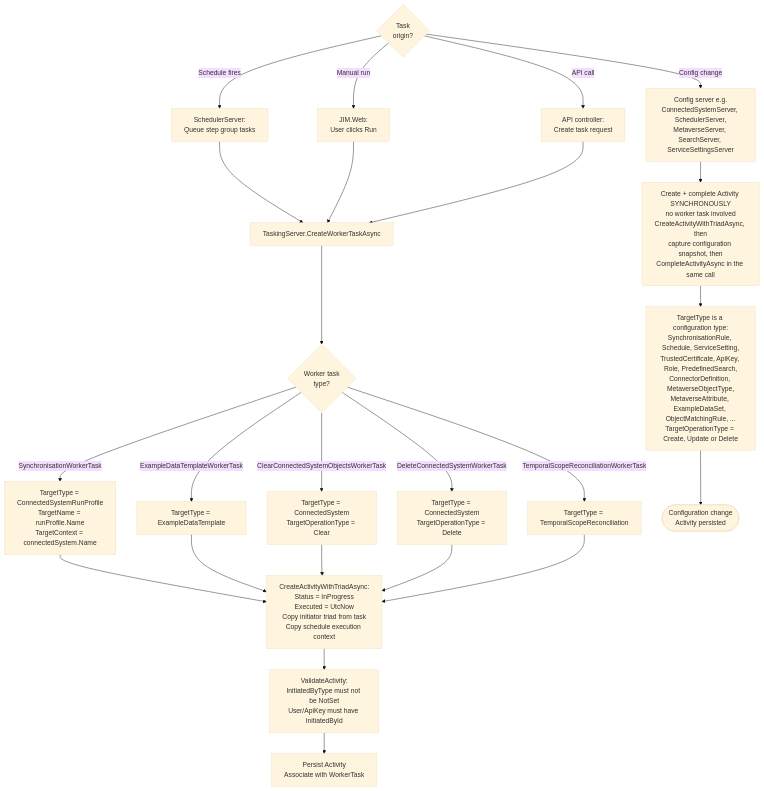
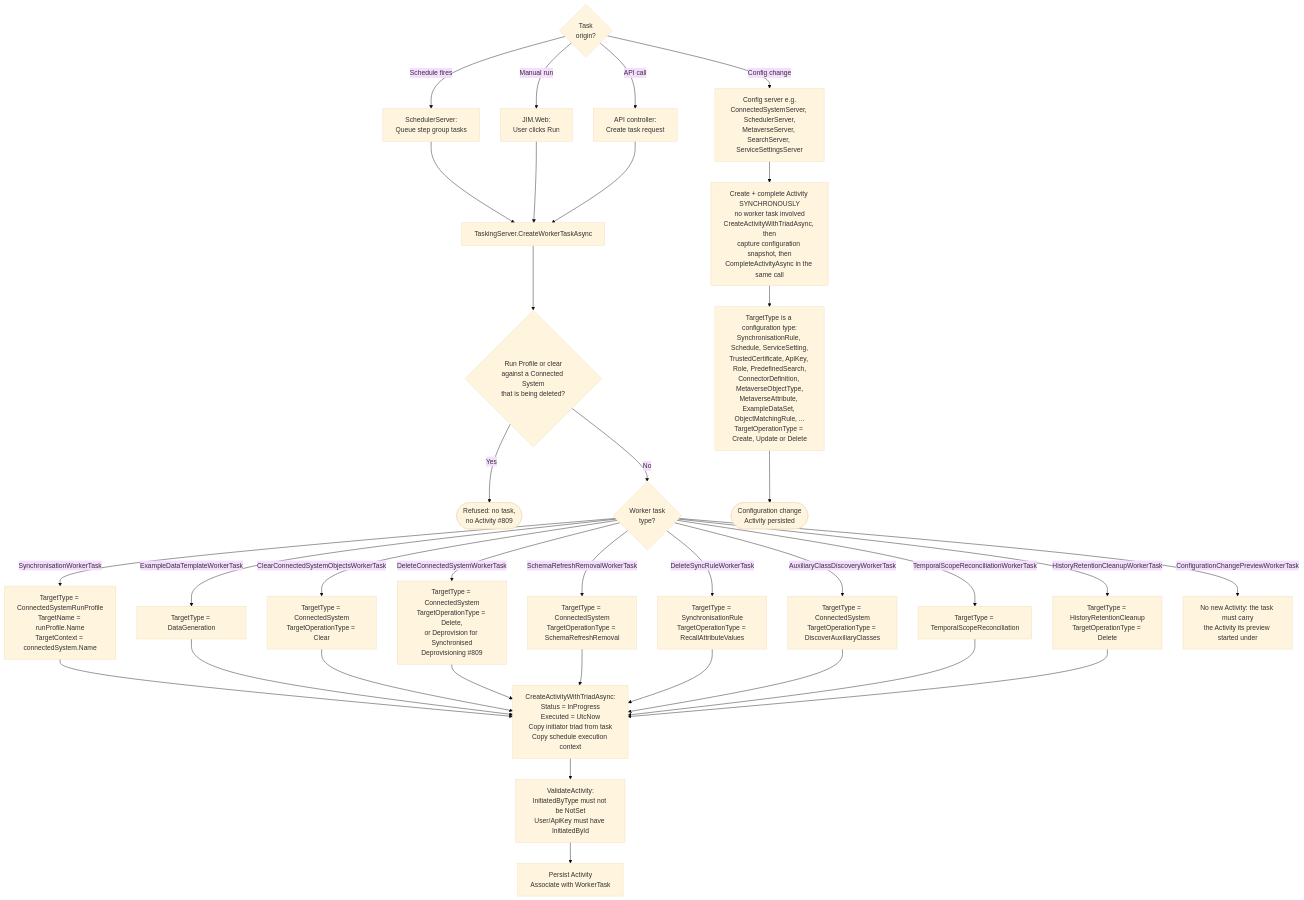
One commit to TetronIO/JIM changed the first of 6 diagrams in docs/developer/diagrams/ACTIVITY_AND_RPEI_FLOW.md. Above: the diagram before and after it, drawn with Mermaid (base theme). The commit also changed other lines of this file and 49 other files, not shown here.

Commit message:
docs: update documentation, diagrams and changelog for v0.15.0 release

````diff
--- a/docs/developer/diagrams/ACTIVITY_AND_RPEI_FLOW.md
+++ b/docs/developer/diagrams/ACTIVITY_AND_RPEI_FLOW.md
@@ -25,35 +25,46 @@
 ```mermaid
 flowchart TD
     Trigger{Task<br/>origin?}
 
     Trigger -->|Schedule fires| Scheduler[SchedulerServer:<br/>Queue step group tasks]
     Trigger -->|Manual run| Web[JIM.Web:<br/>User clicks Run]
     Trigger -->|API call| Api[API controller:<br/>Create task request]
     Trigger -->|Config change| ConfigServer[Config server e.g.<br/>ConnectedSystemServer, SchedulerServer,<br/>MetaverseServer, SearchServer, ServiceSettingsServer]
 
     Scheduler --> CreateTask[TaskingServer.CreateWorkerTaskAsync]
     Web --> CreateTask
     Api --> CreateTask
 
-    CreateTask --> TaskType{Worker task<br/>type?}
+    CreateTask --> Fence{Run Profile or clear<br/>against a Connected System<br/>that is being deleted?}
+    Fence -->|Yes| Refused([Refused: no task,<br/>no Activity #809])
+    Fence -->|No| TaskType{Worker task<br/>type?}
     TaskType -->|SynchronisationWorkerTask| SyncActivity[TargetType = ConnectedSystemRunProfile<br/>TargetName = runProfile.Name<br/>TargetContext = connectedSystem.Name]
-    TaskType -->|ExampleDataTemplateWorkerTask| DataGenActivity[TargetType = ExampleDataTemplate]
+    TaskType -->|ExampleDataTemplateWorkerTask| DataGenActivity[TargetType = DataGeneration]
     TaskType -->|ClearConnectedSystemObjectsWorkerTask| ClearActivity[TargetType = ConnectedSystem<br/>TargetOperationType = Clear]
-    TaskType -->|DeleteConnectedSystemWorkerTask| DeleteActivity[TargetType = ConnectedSystem<br/>TargetOperationType = Delete]
+    TaskType -->|DeleteConnectedSystemWorkerTask| DeleteActivity[TargetType = ConnectedSystem<br/>TargetOperationType = Delete,<br/>or Deprovision for Synchronised<br/>Deprovisioning #809]
+    TaskType -->|SchemaRefreshRemovalWorkerTask| SchemaActivity[TargetType = ConnectedSystem<br/>TargetOperationType = SchemaRefreshRemoval]
+    TaskType -->|DeleteSyncRuleWorkerTask| RecallActivity[TargetType = SynchronisationRule<br/>TargetOperationType = RecallAttributeValues]
+    TaskType -->|AuxiliaryClassDiscoveryWorkerTask| AuxActivity[TargetType = ConnectedSystem<br/>TargetOperationType = DiscoverAuxiliaryClasses]
     TaskType -->|TemporalScopeReconciliationWorkerTask| TemporalActivity[TargetType = TemporalScopeReconciliation]
+    TaskType -->|HistoryRetentionCleanupWorkerTask| RetentionActivity[TargetType = HistoryRetentionCleanup<br/>TargetOperationType = Delete]
+    TaskType -->|ConfigurationChangePreviewWorkerTask| PreviewActivity[No new Activity: the task must carry<br/>the Activity its preview started under]
 
     SyncActivity --> CreateActivity
     DataGenActivity --> CreateActivity
     ClearActivity --> CreateActivity
     DeleteActivity --> CreateActivity
+    SchemaActivity --> CreateActivity
+    RecallActivity --> CreateActivity
+    AuxActivity --> CreateActivity
     TemporalActivity --> CreateActivity
+    RetentionActivity --> CreateActivity
 
     %% --- Configuration change: created synchronously, no worker task (#14) ---
     ConfigServer --> ConfigActivity[Create + complete Activity SYNCHRONOUSLY<br/>no worker task involved<br/>CreateActivityWithTriadAsync, then<br/>capture configuration snapshot, then<br/>CompleteActivityAsync in the same call]
     ConfigActivity --> ConfigTargets[TargetType is a configuration type:<br/>SynchronisationRule, Schedule, ServiceSetting,<br/>TrustedCertificate, ApiKey, Role, PredefinedSearch,<br/>ConnectorDefinition, MetaverseObjectType,<br/>MetaverseAttribute, ExampleDataSet, ObjectMatchingRule, ...<br/>TargetOperationType = Create, Update or Delete]
     ConfigTargets --> ConfigDone([Configuration change<br/>Activity persisted])
 
     CreateActivity[CreateActivityWithTriadAsync:<br/>Status = InProgress<br/>Executed = UtcNow<br/>Copy initiator triad from task<br/>Copy schedule execution context]
     CreateActivity --> Validate[ValidateActivity:<br/>InitiatedByType must not be NotSet<br/>User/ApiKey must have InitiatedById]
     Validate --> Persist[Persist Activity<br/>Associate with WorkerTask]
 ```
````
